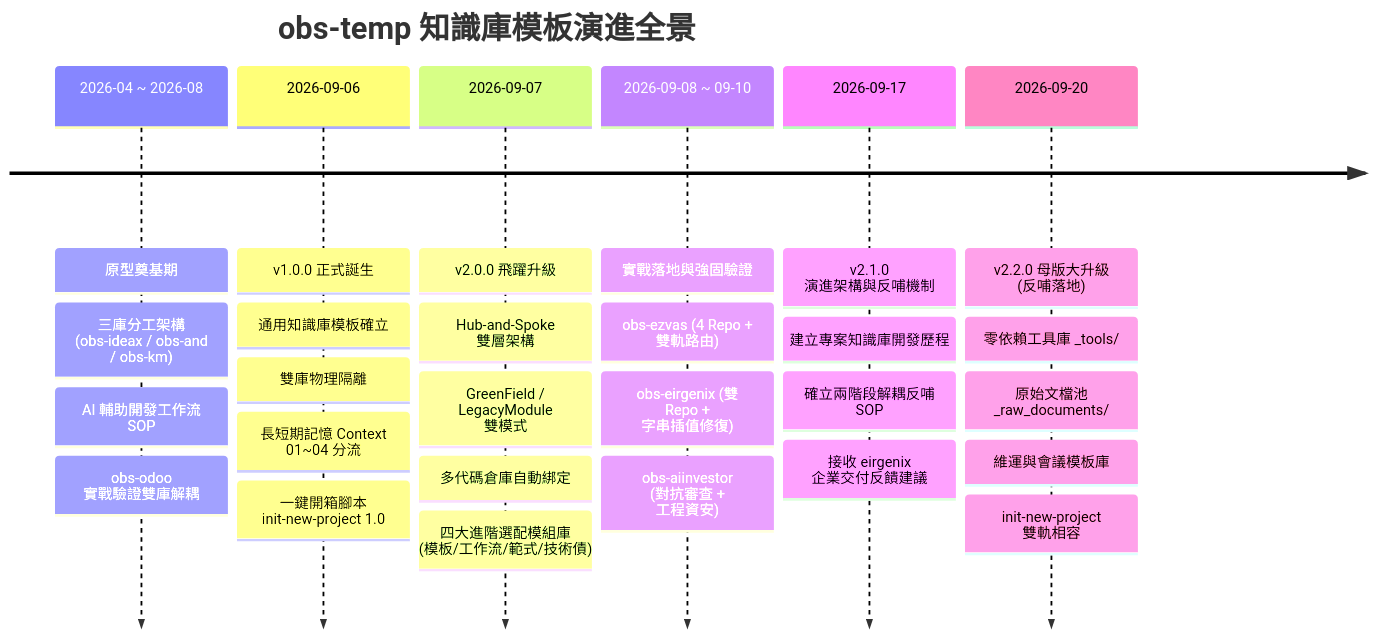
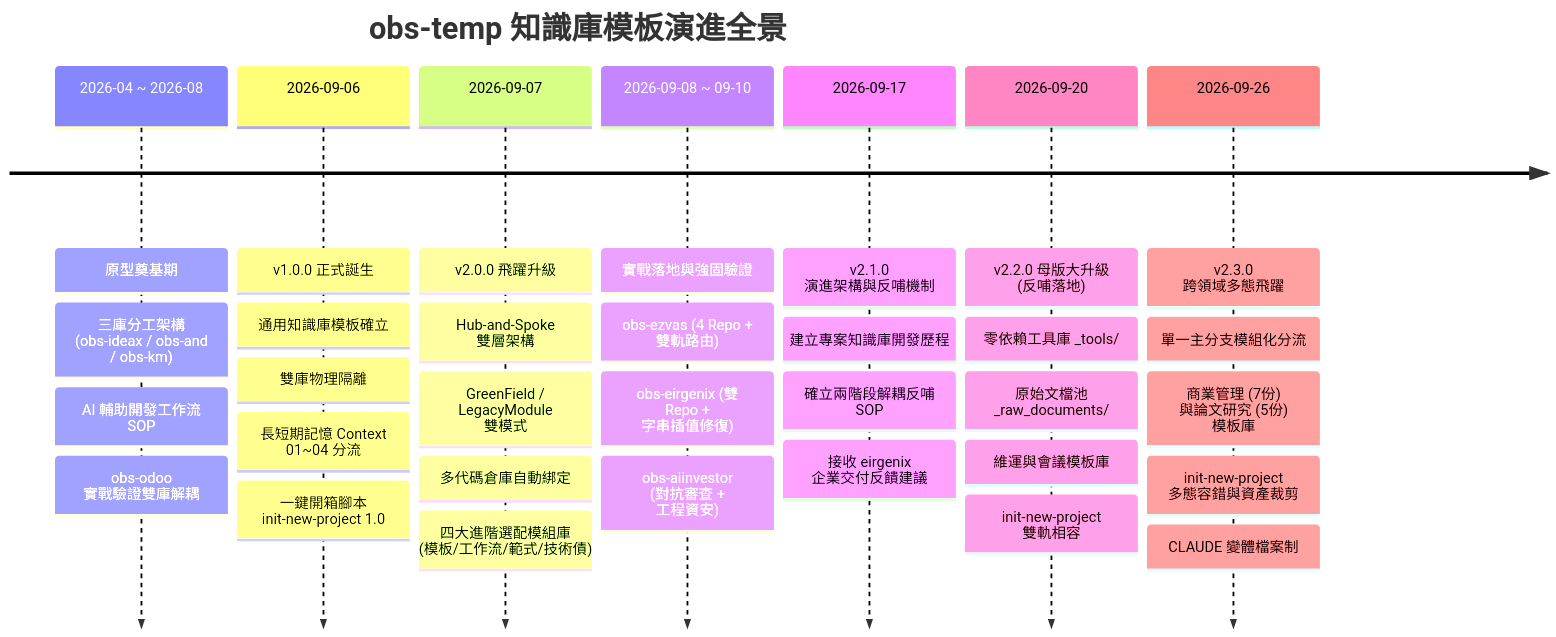
Before and after one commit to cchhss123/obs-temp: the first of 2 diagrams in 專案知識庫開發歷程.md, drawn with Mermaid. The commit also changed other lines of this file and 1 other file, not shown here.

````diff
--- a/專案知識庫開發歷程.md
+++ b/專案知識庫開發歷程.md
@@ -35,10 +35,11 @@
 ```mermaid
 timeline
     title obs-temp 知識庫模板演進全景
     2026-04 ~ 2026-08 : 原型奠基期 : 三庫分工架構 (obs-ideax / obs-and / obs-km) : AI 輔助開發工作流 SOP : obs-odoo 實戰驗證雙庫解耦
     2026-09-06 : v1.0.0 正式誕生 : 通用知識庫模板確立 : 雙庫物理隔離 : 長短期記憶 Context 01~04 分流 : 一鍵開箱腳本 init-new-project 1.0
     2026-09-07 : v2.0.0 飛躍升級 : Hub-and-Spoke 雙層架構 : GreenField / LegacyModule 雙模式 : 多代碼倉庫自動綁定 : 四大進階選配模組庫 (模板/工作流/範式/技術債)
     2026-09-08 ~ 09-10 : 實戰落地與強固驗證 : obs-ezvas (4 Repo + 雙軌路由) : obs-eirgenix (雙 Repo + 字串插值修復) : obs-aiinvestor (對抗審查 + 工程資安)
     2026-09-17 : v2.1.0 演進架構與反哺機制 : 建立專案知識庫開發歷程 : 確立兩階段解耦反哺 SOP : 接收 eirgenix 企業交付反饋建議
     2026-09-20 : v2.2.0 母版大升級 (反哺落地) : 零依賴工具庫 _tools/ : 原始文檔池 _raw_documents/ : 維運與會議模板庫 : init-new-project 雙軌相容
+    2026-09-26 : v2.3.0 跨領域多態飛躍 : 單一主分支模組化分流 : 商業管理 (7份) 與論文研究 (5份) 模板庫 : init-new-project 多態容錯與資產裁剪 : CLAUDE 變體檔案制
 ```
````
